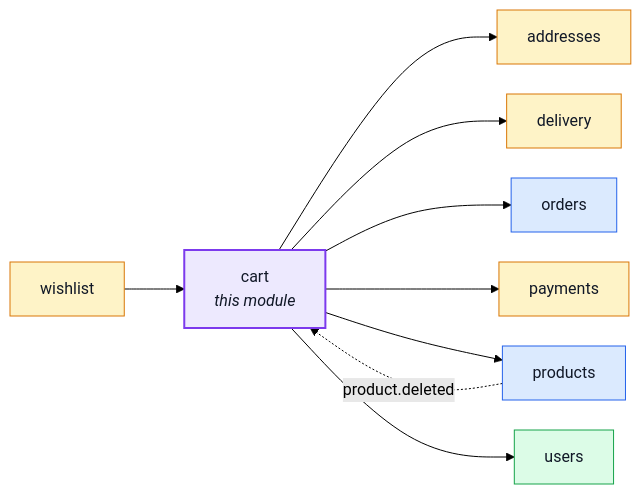
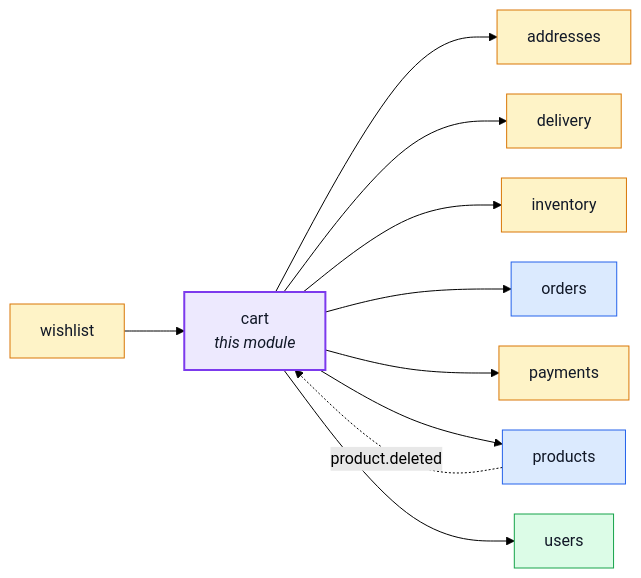
The first of 2 diagrams in docs/modules/cart.md (Guebbit/boilerplate-node-backend), drawn with Mermaid (forest theme) before and after one commit. The commit also changed 8 other files, not shown here.

````diff
--- a/docs/modules/cart.md
+++ b/docs/modules/cart.md
@@ -16,30 +16,32 @@
 ```mermaid
 %%{init: {'flowchart': {'nodeSpacing': 30, 'rankSpacing': 60}}}%%
 flowchart LR
     cart["cart<br/><i>this module</i>"]
     addresses["addresses"]
     delivery["delivery"]
+    inventory["inventory"]
     orders["orders"]
     payments["payments"]
     products["products"]
     users["users"]
     wishlist["wishlist"]
 
     wishlist --> cart
     cart --> addresses
     cart --> delivery
+    cart --> inventory
     cart --> orders
     cart --> payments
     cart --> products
     cart --> users
     products -. "product.deleted" .-> cart
 
     classDef core fill:#dbeafe,stroke:#2563eb,color:#111827;
     classDef supporting fill:#fef3c7,stroke:#d97706,color:#111827;
     classDef generic fill:#dcfce7,stroke:#16a34a,color:#111827;
     classDef centre fill:#ede9fe,stroke:#7c3aed,stroke-width:2px,color:#111827;
     class orders,products core;
-    class addresses,delivery,payments,wishlist supporting;
+    class addresses,delivery,inventory,payments,wishlist supporting;
     class users generic;
     class cart centre;
 ```
````
